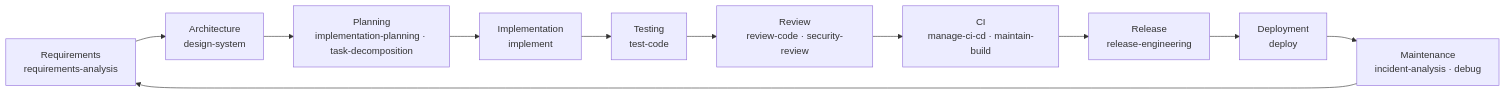
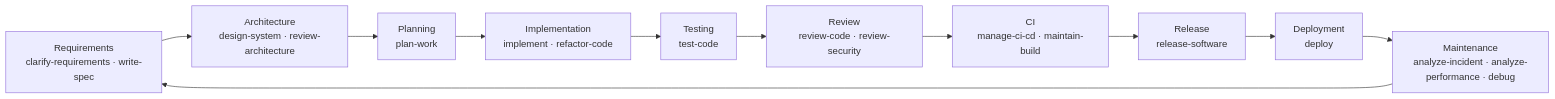
The first of 2 diagrams in README.md (ih0r-d/engineering-agent-skills), drawn with Mermaid before and after one commit. The commit also changed other lines of this file and 117 other files, not shown here.

````diff
--- a/README.md
+++ b/README.md
@@ -197,13 +200,13 @@
 ```mermaid
 flowchart LR
-    R["Requirements<br/>requirements-analysis"] --> A["Architecture<br/>design-system"]
-    A --> P["Planning<br/>implementation-planning · task-decomposition"]
-    P --> I["Implementation<br/>implement"]
+    R["Requirements<br/>clarify-requirements · write-spec"] --> A["Architecture<br/>design-system · review-architecture"]
+    A --> P["Planning<br/>plan-work"]
+    P --> I["Implementation<br/>implement · refactor-code"]
     I --> T["Testing<br/>test-code"]
-    T --> C["Review<br/>review-code · security-review"]
+    T --> C["Review<br/>review-code · review-security"]
     C --> CI["CI<br/>manage-ci-cd · maintain-build"]
-    CI --> Rel["Release<br/>release-engineering"]
+    CI --> Rel["Release<br/>release-software"]
     Rel --> D["Deployment<br/>deploy"]
-    D --> M["Maintenance<br/>incident-analysis · debug"]
+    D --> M["Maintenance<br/>analyze-incident · analyze-performance · debug"]
     M --> R
 ```
````
